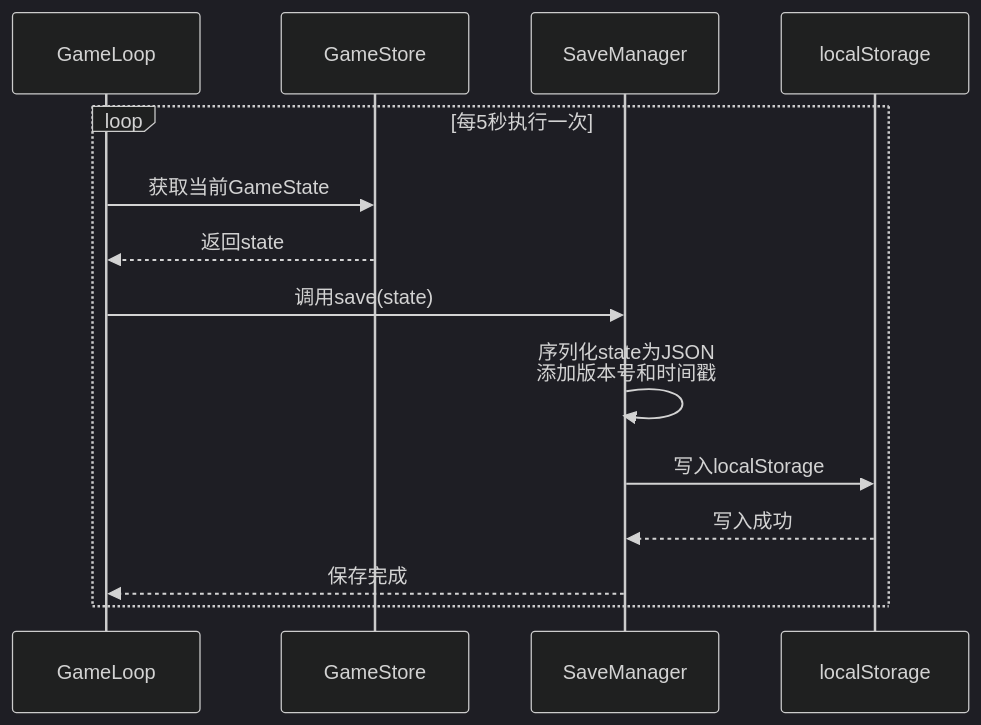
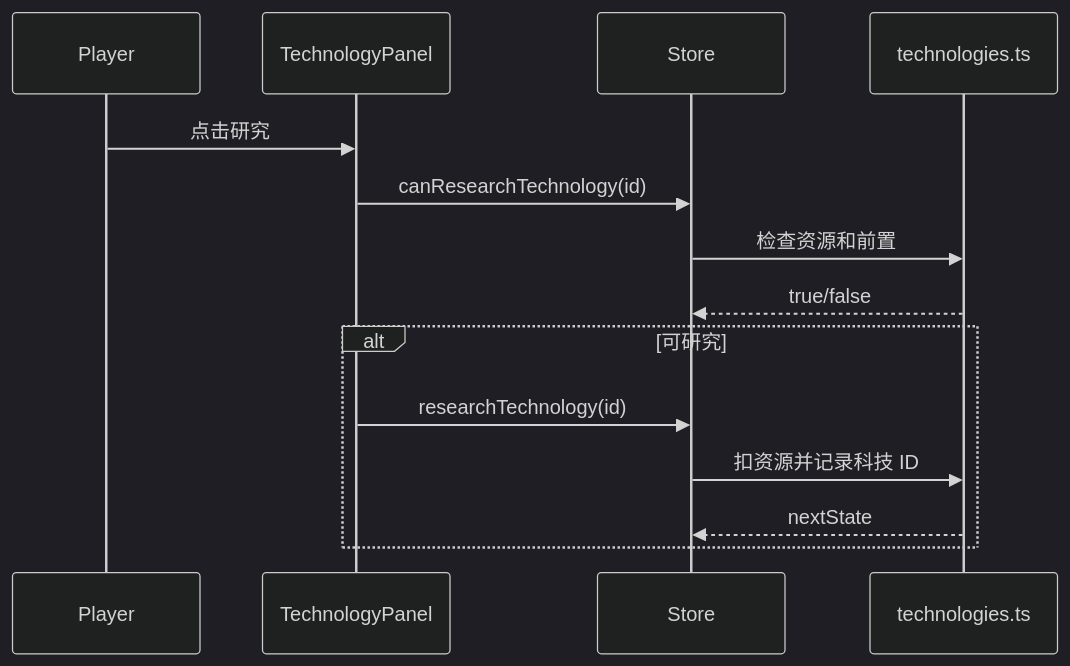
The seventh of 13 diagrams in docs/02_系统建模报告.md (kaito387/puppies-game), drawn with Mermaid (dark theme) before and after one commit. The commit also changed other lines of this file and 7 other files, not shown here.

````diff
--- a/docs/02_系统建模报告.md
+++ b/docs/02_系统建模报告.md
@@ -294,17 +261,17 @@
 ```mermaid
 sequenceDiagram
-    participant GameLoop
-    participant GameStore
-    participant SaveManager
-    participant localStorage
+  participant Player
+  participant Panel as TechnologyPanel
+  participant Store
+  participant Tech as technologies.ts
 
-    loop 每5秒执行一次
-        GameLoop->>GameStore: 获取当前GameState
-        GameStore-->>GameLoop: 返回state
-        GameLoop->>SaveManager: 调用save(state)
-        SaveManager->>SaveManager: 序列化state为JSON<br/>添加版本号和时间戳
-        SaveManager->>localStorage: 写入localStorage
-        localStorage-->>SaveManager: 写入成功
-        SaveManager-->>GameLoop: 保存完成
-    end
+  Player->>Panel: 点击研究
+  Panel->>Store: canResearchTechnology(id)
+  Store->>Tech: 检查资源和前置
+  Tech-->>Store: true/false
+  alt 可研究
+    Panel->>Store: researchTechnology(id)
+    Store->>Tech: 扣资源并记录科技 ID
+    Tech-->>Store: nextState
+  end
 ```
````
